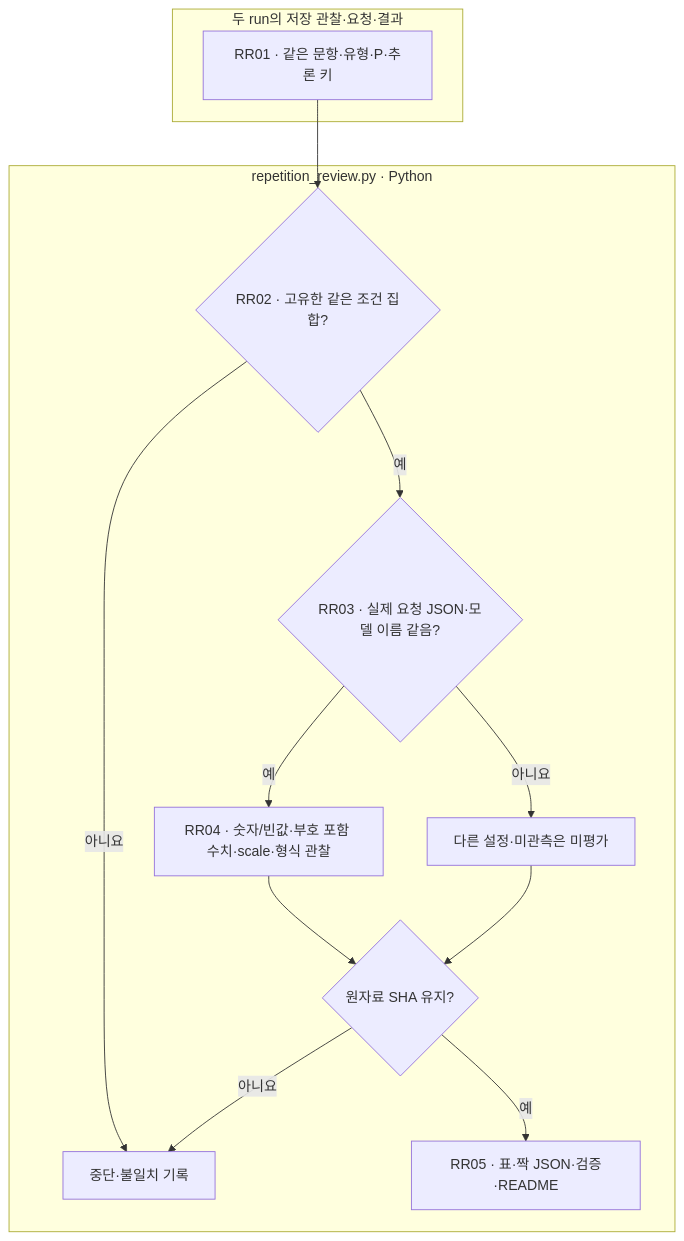
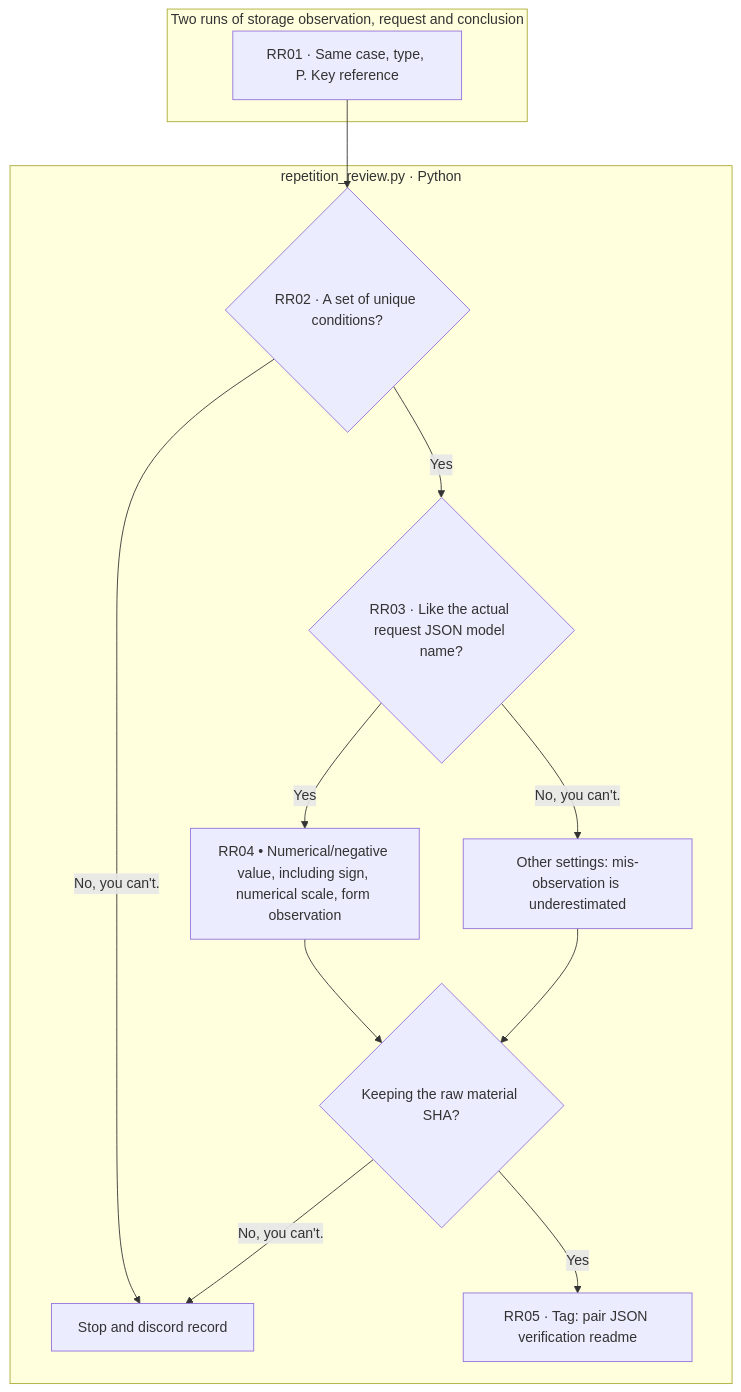
The diagram in src/finarch/documentation/templates/experiment-repeat-analysis.md (pnu-clink/finject), drawn with Mermaid before and after one commit. The commit also changed other lines of this file and 644 other files, not shown here.

````diff
--- a/src/finarch/documentation/templates/experiment-repeat-analysis.md
+++ b/src/finarch/documentation/templates/experiment-repeat-analysis.md
@@ -7,22 +7,22 @@
 ```mermaid
 flowchart TD
- subgraph inputs[두 run의 저장 관찰·요청·결과]
-  I["RR01 · 같은 문항·유형·P·추론 키"]
+ subgraph inputs[Two runs of storage observation, request and conclusion]
+  I["RR01 · Same case, type, P. Key reference"]
  end
  subgraph code["repetition_review.py · Python"]
-  K{"RR02 · 고유한 같은 조건 집합?"}
-  P{"RR03 · 실제 요청 JSON·모델 이름 같음?"}
-  A["RR04 · 숫자/빈값·부호 포함 수치·scale·형식 관찰"]
-  U["다른 설정·미관측은 미평가"]
-  H{"원자료 SHA 유지?"}
-  F["중단·불일치 기록"]
-  O["RR05 · 표·짝 JSON·검증·README"]
+  K{"RR02 · A set of unique conditions?"}
+  P{"RR03 · Like the actual request JSON model name?"}
+  A["RR04 • Numerical/negative value, including sign, numerical scale, form observation"]
+  U["Other settings: mis-observation is underestimated"]
+  H{"Keeping the raw material SHA?"}
+  F["Stop and discord record"]
+  O["RR05 · Tag: pair JSON verification readme"]
  end
  I --> K
- K -->|예| P
- K -->|아니요| F
- P -->|예| A --> H
- P -->|아니요| U --> H
- H -->|예| O
- H -->|아니요| F
+ K -->|Yes| P
+ K -->|No, you can't.| F
+ P -->|Yes| A --> H
+ P -->|No, you can't.| U --> H
+ H -->|Yes| O
+ H -->|No, you can't.| F
 ```
````
